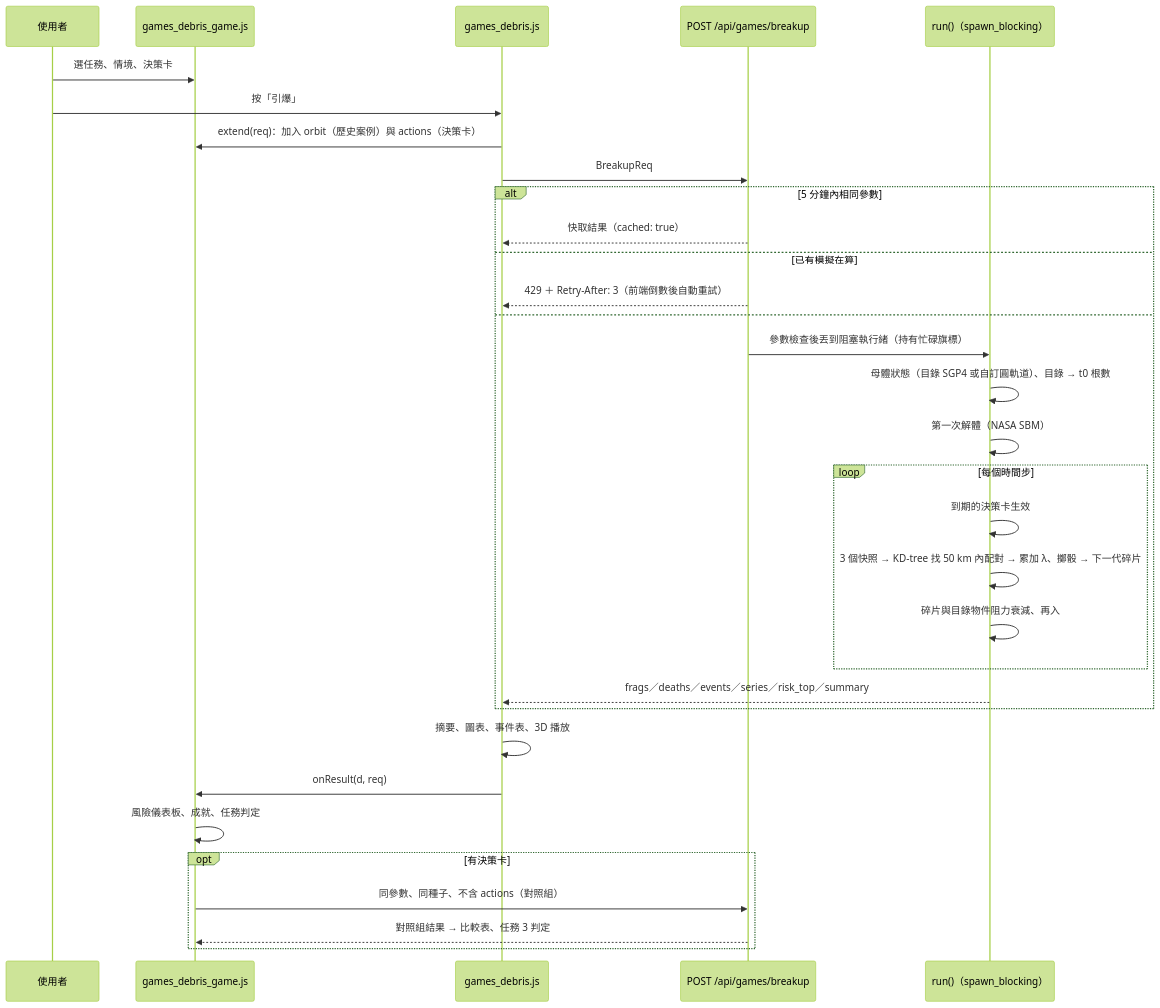
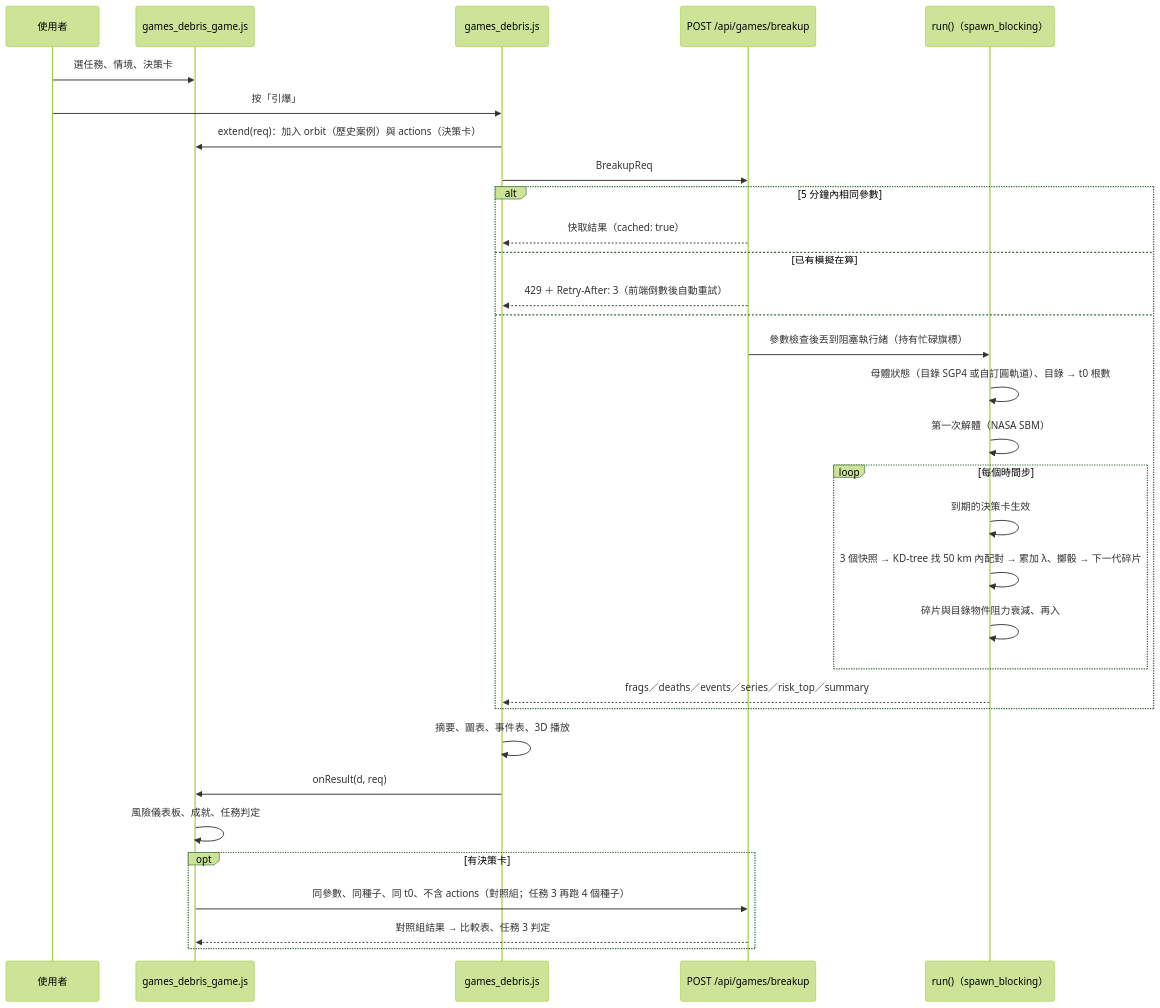
One commit to RhynoW/Sat_TraingDataExtension changed the diagram in RUST_SatDashboard/docs/games_debris_architecture.md. Above: the diagram before and after it, drawn with Mermaid (forest theme). The commit also changed other lines of this file and 12 other files, not shown here.

````diff
--- a/RUST_SatDashboard/docs/games_debris_architecture.md
+++ b/RUST_SatDashboard/docs/games_debris_architecture.md
@@ -29,35 +29,35 @@
 ```mermaid
 sequenceDiagram
     participant U as 使用者
     participant G as games_debris_game.js
     participant FE as games_debris.js
     participant API as POST /api/games/breakup
     participant SIM as run()（spawn_blocking）
 
     U->>G: 選任務、情境、決策卡
     U->>FE: 按「引爆」
     FE->>G: extend(req)：加入 orbit（歷史案例）與 actions（決策卡）
     FE->>API: BreakupReq
     alt 5 分鐘內相同參數
         API-->>FE: 快取結果（cached: true）
     else 已有模擬在算
         API-->>FE: 429 ＋ Retry-After: 3（前端倒數後自動重試）
     else
         API->>SIM: 參數檢查後丟到阻塞執行緒（持有忙碌旗標）
         SIM->>SIM: 母體狀態（目錄 SGP4 或自訂圓軌道）、目錄 → t0 根數
         SIM->>SIM: 第一次解體（NASA SBM）
         loop 每個時間步
             SIM->>SIM: 到期的決策卡生效
             SIM->>SIM: 3 個快照 → KD-tree 找 50 km 內配對 → 累加 λ、擲骰 → 下一代碎片
             SIM->>SIM: 碎片與目錄物件阻力衰減、再入
         end
         SIM-->>FE: frags／deaths／events／series／risk_top／summary
     end
     FE->>FE: 摘要、圖表、事件表、3D 播放
     FE->>G: onResult(d, req)
     G->>G: 風險儀表板、成就、任務判定
     opt 有決策卡
-        G->>API: 同參數、同種子、不含 actions（對照組）
+        G->>API: 同參數、同種子、同 t0、不含 actions（對照組；任務 3 再跑 4 個種子）
         API-->>G: 對照組結果 → 比較表、任務 3 判定
     end
 ```
````
